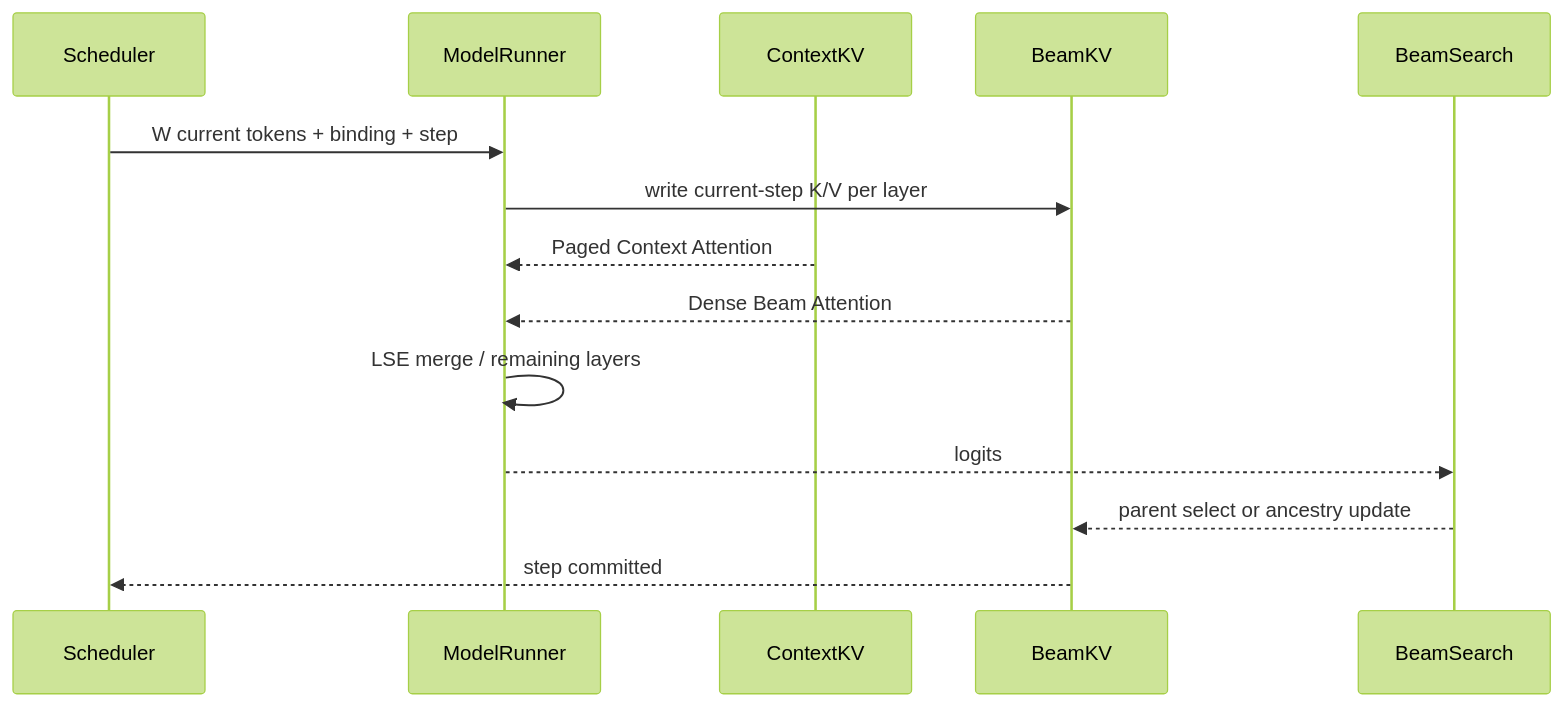
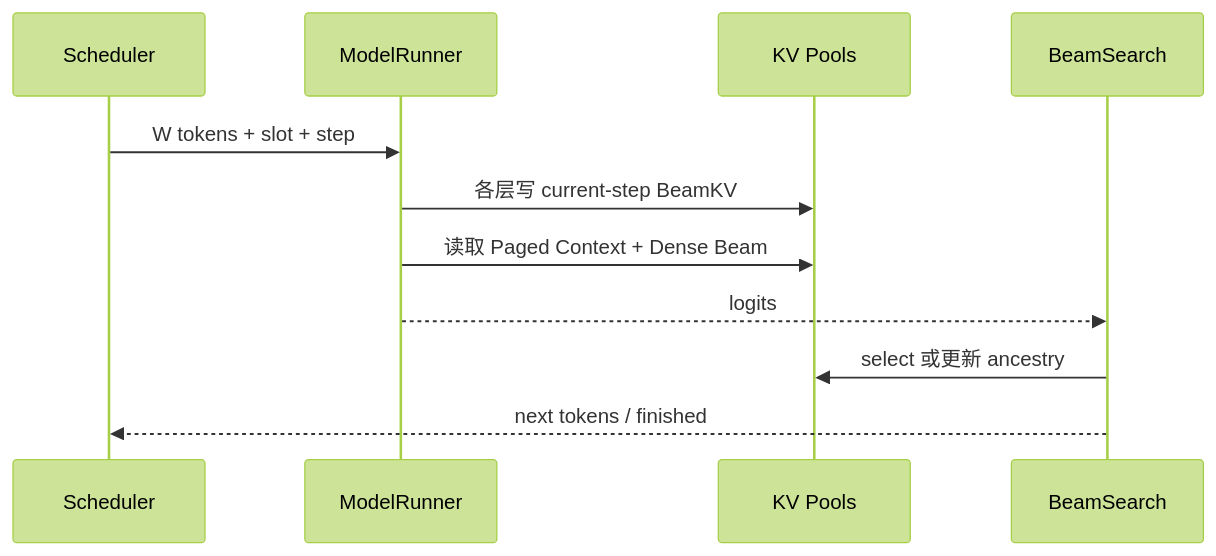
The ninth of 11 diagrams in GR/beam_decode_kv_buffer_organization_analysis.md (zhanghanleo10/gr-related), drawn with Mermaid (forest theme) before and after one commit. The commit also changed other lines of this file, not shown here.

Commit message:
docs: simplify Beam KV analysis with visual-first layout

````diff
--- a/GR/beam_decode_kv_buffer_organization_analysis.md
+++ b/GR/beam_decode_kv_buffer_organization_analysis.md
@@ -840,17 +288,14 @@
 ```mermaid
 sequenceDiagram
     participant S as Scheduler
     participant M as ModelRunner
-    participant C as ContextKV
-    participant B as BeamKV
-    participant K as BeamSearch
+    participant K as KV Pools
+    participant B as BeamSearch
 
-    S->>M: W current tokens + binding + step
-    M->>B: write current-step K/V per layer
-    C-->>M: Paged Context Attention
-    B-->>M: Dense Beam Attention
-    M->>M: LSE merge / remaining layers
-    M-->>K: logits
-    K-->>B: parent select or ancestry update
-    B-->>S: step committed
+    S->>M: W tokens + slot + step
+    M->>K: 各层写 current-step BeamKV
+    M->>K: 读取 Paged Context + Dense Beam
+    M-->>B: logits
+    B->>K: select 或更新 ancestry
+    B-->>S: next tokens / finished
 ```
````
